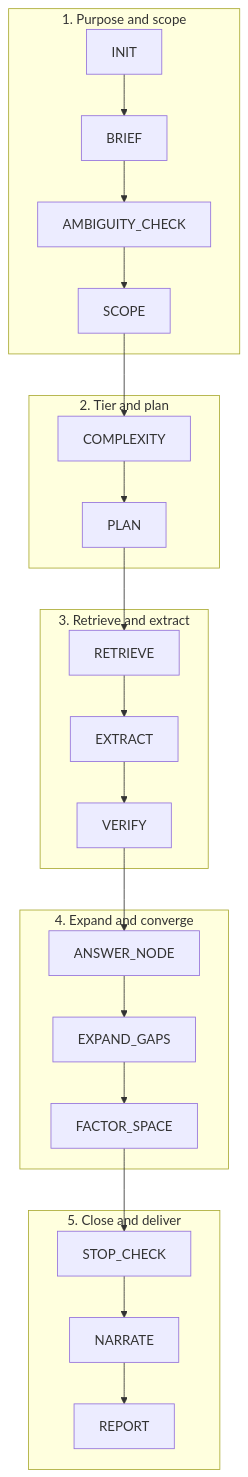
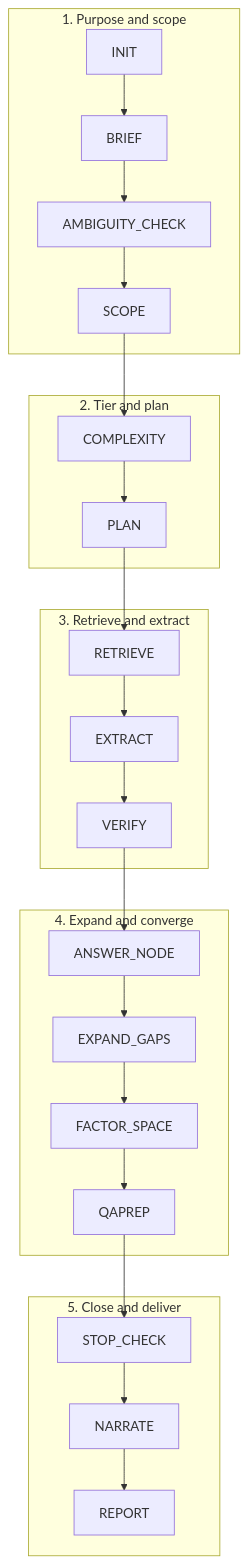
One commit to Songyuanhong-nnn/Banana_RD-Skill changed the third of 3 diagrams in README.en.md. Above: the diagram before and after it, drawn with Mermaid. The commit also changed other lines of this file and 8 other files, not shown here.

````diff
--- a/README.en.md
+++ b/README.en.md
@@ -283,22 +287,22 @@
 ```mermaid
 flowchart TD
     subgraph S1["1. Purpose and scope"]
         A1[INIT] --> A2[BRIEF] --> A3[AMBIGUITY_CHECK] --> A4[SCOPE]
     end
     subgraph S2["2. Tier and plan"]
         B1[COMPLEXITY] --> B2[PLAN]
     end
     subgraph S3["3. Retrieve and extract"]
         C1[RETRIEVE] --> C2[EXTRACT] --> C3[VERIFY]
     end
     subgraph S4["4. Expand and converge"]
-        D1[ANSWER_NODE] --> D2[EXPAND_GAPS] --> D3[FACTOR_SPACE]
+        D1[ANSWER_NODE] --> D2[EXPAND_GAPS] --> D3[FACTOR_SPACE] --> D4[QAPREP]
     end
     subgraph S5["5. Close and deliver"]
         E1[STOP_CHECK] --> E2[NARRATE] --> E3[REPORT]
     end
     A4 --> B1
     B2 --> C1
     C3 --> D1
-    D3 --> E1
+    D4 --> E1
 ```
````
